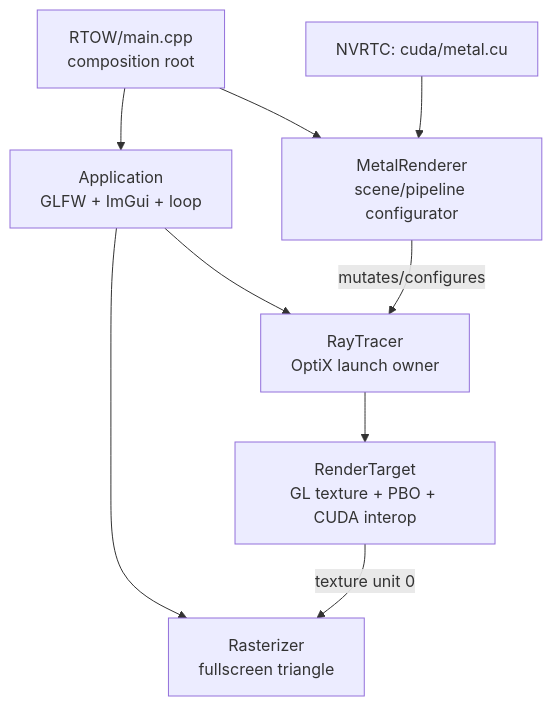
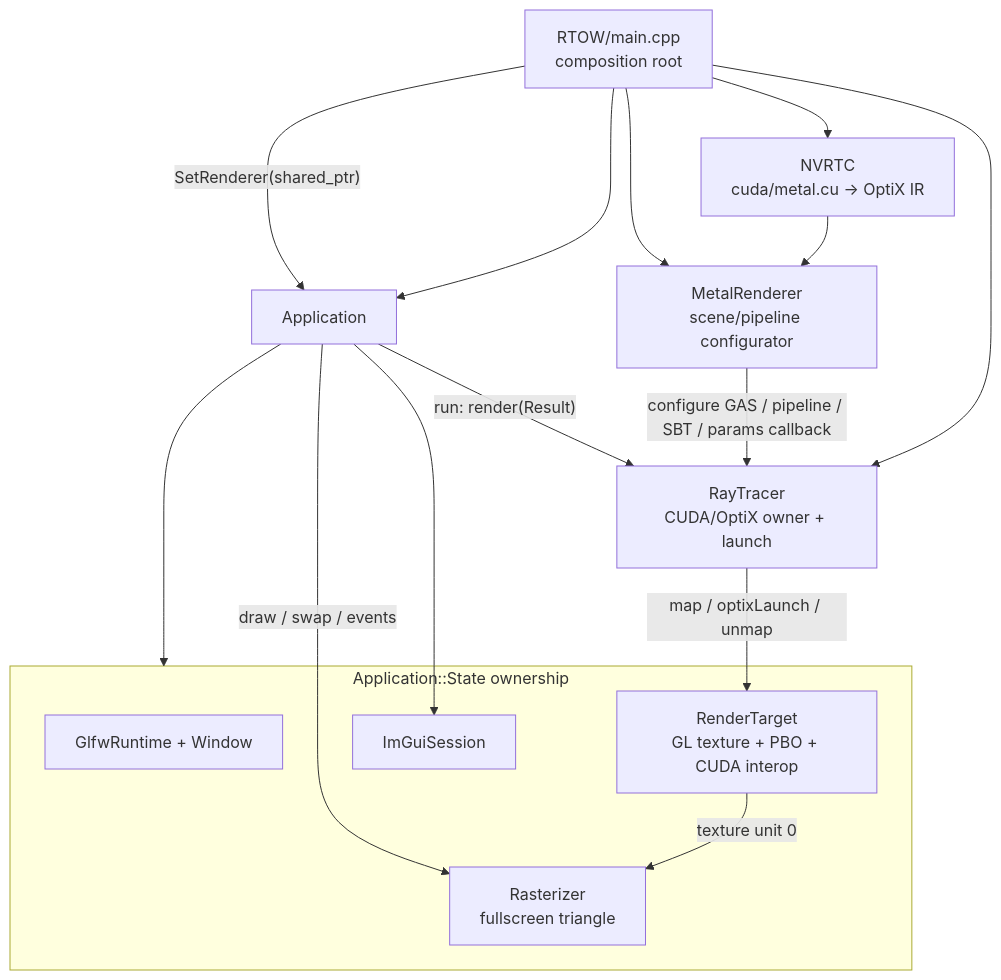
One commit to TienYoung/Venusaur changed the first of 2 diagrams in PROJECT_GUIDE.md. Above: the diagram before and after it, drawn with Mermaid. The commit also changed other lines of this file and 10 other files, not shown here.

````diff
--- a/PROJECT_GUIDE.md
+++ b/PROJECT_GUIDE.md
@@ -123,11 +123,24 @@
 ```mermaid
 flowchart TD
-    Main["RTOW/main.cpp\ncomposition root"] --> App["Application\nGLFW + ImGui + loop"]
-    Main --> MR["MetalRenderer\nscene/pipeline configurator"]
-    App --> RT["RayTracer\nOptiX launch owner"]
-    MR -->|"mutates/configures"| RT
-    RT --> Surface["RenderTarget\nGL texture + PBO + CUDA interop"]
-    App --> Presenter["Rasterizer\nfullscreen triangle"]
+    Main["RTOW/main.cpp\ncomposition root"] --> App["Application"]
+    Main --> NVRTC["NVRTC\ncuda/metal.cu -> OptiX IR"]
+    Main --> RT["RayTracer\nCUDA/OptiX owner + launch"]
+    NVRTC --> MR["MetalRenderer\nscene/pipeline configurator"]
+    Main --> MR
+    MR -->|"configure GAS / pipeline / SBT / params callback"| RT
+    Main -->|"SetRenderer(shared_ptr)"| App
+
+    subgraph State["Application::State ownership"]
+        GLFW["GlfwRuntime + Window"]
+        Surface["RenderTarget\nGL texture + PBO + CUDA interop"]
+        Presenter["Rasterizer\nfullscreen triangle"]
+        UI["ImGuiSession"]
+    end
+
+    App --> State
+    App -->|"run: render(Result)"| RT
+    RT -->|"map / optixLaunch / unmap"| Surface
     Surface -->|"texture unit 0"| Presenter
-    Shader["NVRTC: cuda/metal.cu"] --> MR
+    App -->|"draw / swap / events"| Presenter
+    App --> UI
 ```
````
